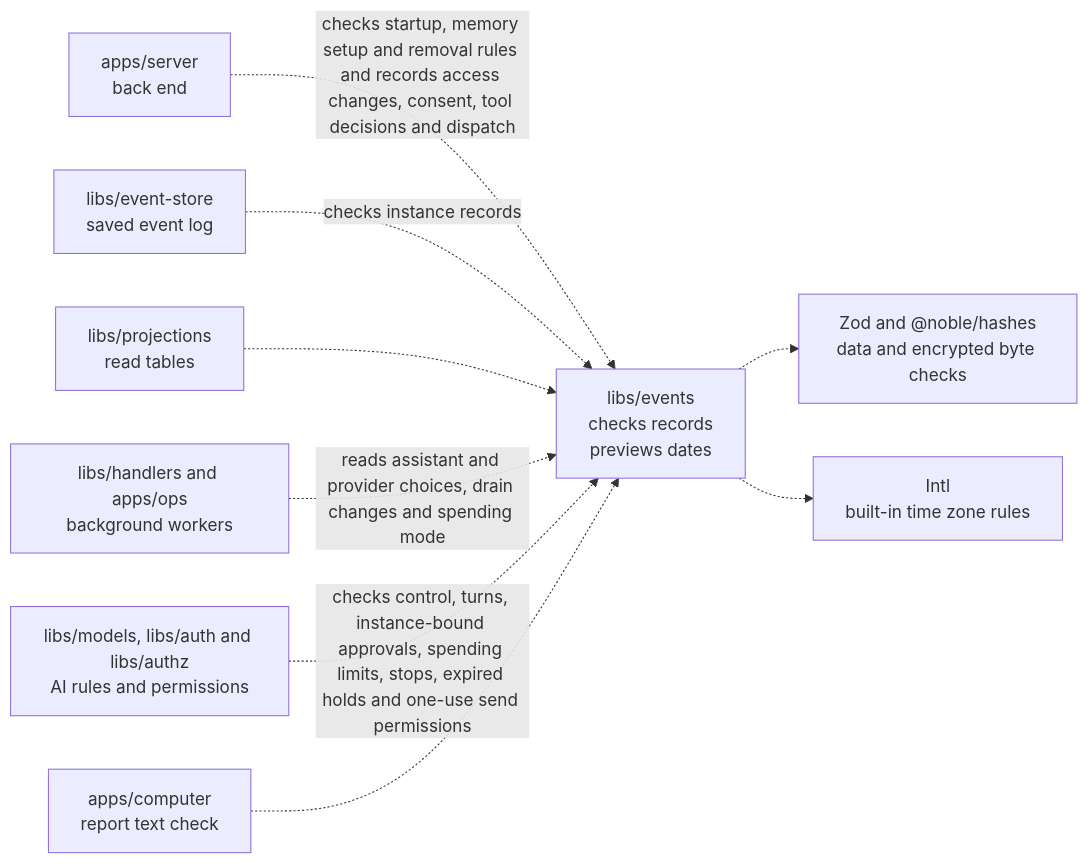
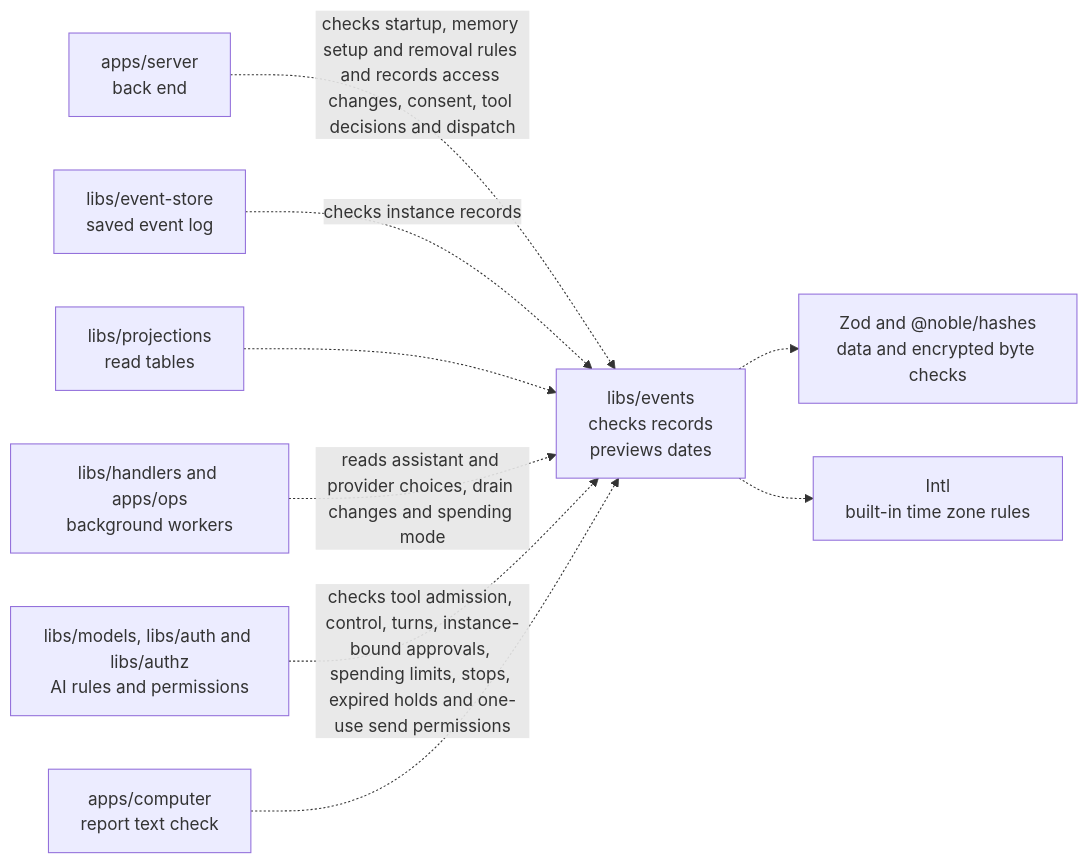
The diagram in libs/events/README.md (elewa-git/opencrane-new), drawn with Mermaid before and after one commit. The commit also changed other lines of this file and 14 other files, not shown here.

Commit message:
🛡️ Order MCP send admission with policy changes

````diff
--- a/libs/events/README.md
+++ b/libs/events/README.md
@@ -25,11 +25,11 @@
 ```mermaid
 flowchart LR
   server["apps/server<br/>back end"] -.->|checks startup, memory setup and removal rules and records access changes, consent, tool decisions and dispatch| events["libs/events<br/>checks records<br/>previews dates"]
   store["libs/event-store<br/>saved event log"] -.->|checks instance records| events
   projections["libs/projections<br/>read tables"] -.-> events
   workers["libs/handlers and apps/ops<br/>background workers"] -.->|reads assistant and provider choices, drain changes and spending mode| events
-  others["libs/models, libs/auth and libs/authz<br/>AI rules and permissions"] -.->|checks control, turns, instance-bound approvals, spending limits, stops, expired holds and one-use send permissions| events
+  others["libs/models, libs/auth and libs/authz<br/>AI rules and permissions"] -.->|checks tool admission, control, turns, instance-bound approvals, spending limits, stops, expired holds and one-use send permissions| events
   computer["apps/computer<br/>report text check"] -.-> events
   events -.-> checks["Zod and @noble/hashes<br/>data and encrypted byte checks"]
   events -.-> zones["Intl<br/>built-in time zone rules"]
 ```
````
